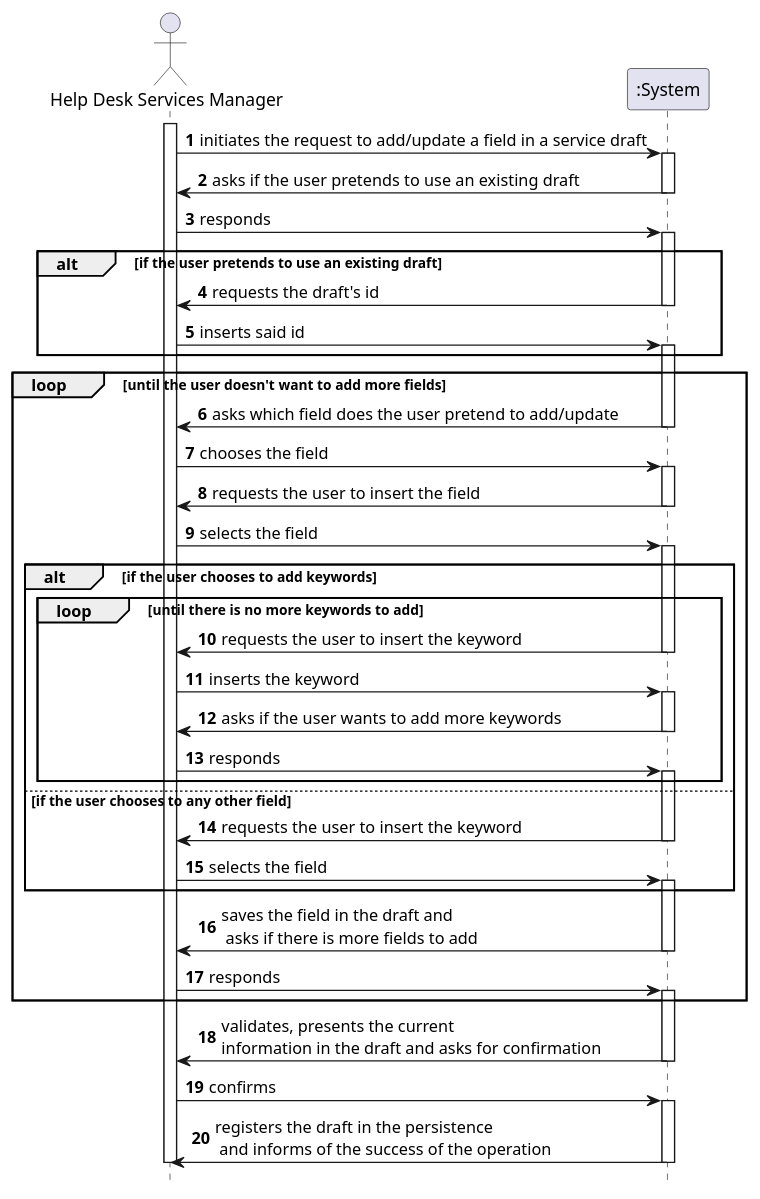
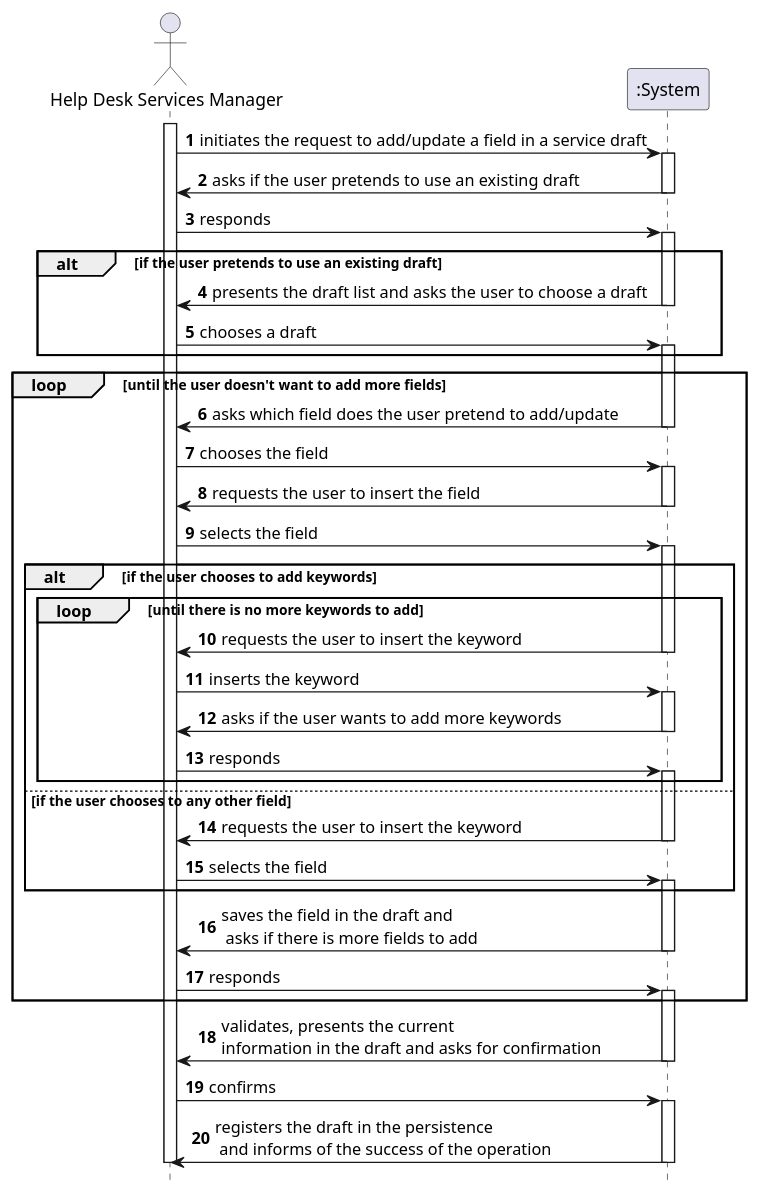
Before and after one commit to tiagoavcosta25/LAPR4: the diagram in doc/engenharia/SprintB/1190967/US-1-2002_ServiceSpecification/DraftFieldSpecification/US-1-2002_SSD.puml, drawn with PlantUML. The commit also changed 4 other files, not shown here.

```diff
--- a/doc/engenharia/SprintB/1190967/US-1-2002_ServiceSpecification/DraftFieldSpecification/US-1-2002_SSD.puml
+++ b/doc/engenharia/SprintB/1190967/US-1-2002_ServiceSpecification/DraftFieldSpecification/US-1-2002_SSD.puml
@@ -1,80 +1,81 @@
 @startuml
 autonumber
 hide footbox
 
 actor "Help Desk Services Manager" as HSM
 participant ":System" as SYST
 
 activate HSM
 
 HSM -> SYST : initiates the request to add/update a field in a service draft
 activate SYST
 
 SYST -> HSM : asks if the user pretends to use an existing draft
 deactivate SYST
 
 HSM -> SYST : responds
 activate SYST
 
 alt if the user pretends to use an existing draft
-SYST -> HSM : requests the draft's id
+
+SYST -> HSM : presents the draft list and asks the user to choose a draft
 deactivate SYST
 
-HSM -> SYST : inserts said id
+HSM -> SYST : chooses a draft
 activate SYST
 end
 
 loop until the user doesn't want to add more fields
 SYST -> HSM : asks which field does the user pretend to add/update
 deactivate SYST
 
 HSM -> SYST : chooses the field
 activate SYST
 
 SYST -> HSM : requests the user to insert the field
 deactivate SYST
 
 HSM -> SYST : selects the field
 activate SYST
 
 alt if the user chooses to add keywords
 loop until there is no more keywords to add
 SYST -> HSM : requests the user to insert the keyword
 deactivate SYST
 
 HSM -> SYST : inserts the keyword
 activate SYST
 
 SYST -> HSM : asks if the user wants to add more keywords
 deactivate SYST
 
 HSM -> SYST : responds
 activate SYST
 end
 
 else if the user chooses to any other field
 SYST -> HSM : requests the user to insert the keyword
 deactivate SYST
 
 HSM -> SYST : selects the field
 activate SYST
 end
 
 SYST -> HSM : saves the field in the draft and\n asks if there is more fields to add
 deactivate SYST
 
 HSM -> SYST : responds
 activate SYST
 end
 
 SYST -> HSM : validates, presents the current \ninformation in the draft and asks for confirmation
 deactivate SYST
 
 HSM -> SYST : confirms
 activate SYST
 
 SYST -> HSM : registers the draft in the persistence\n and informs of the success of the operation
 deactivate SYST
 deactivate HSM
 
 @enduml
```
